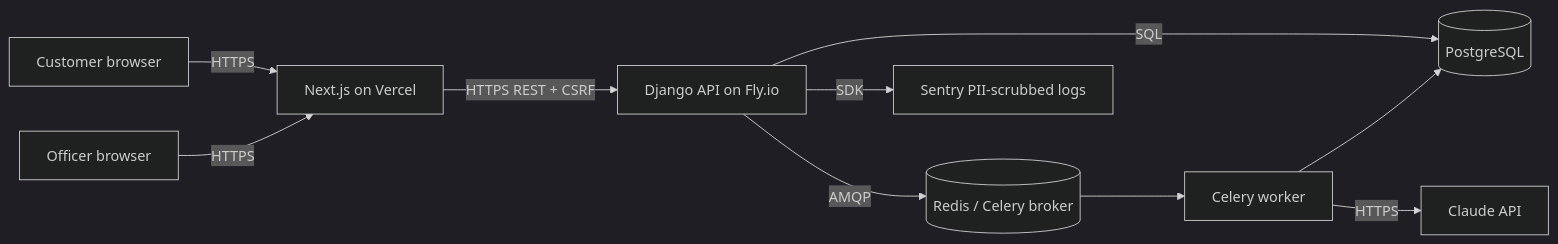
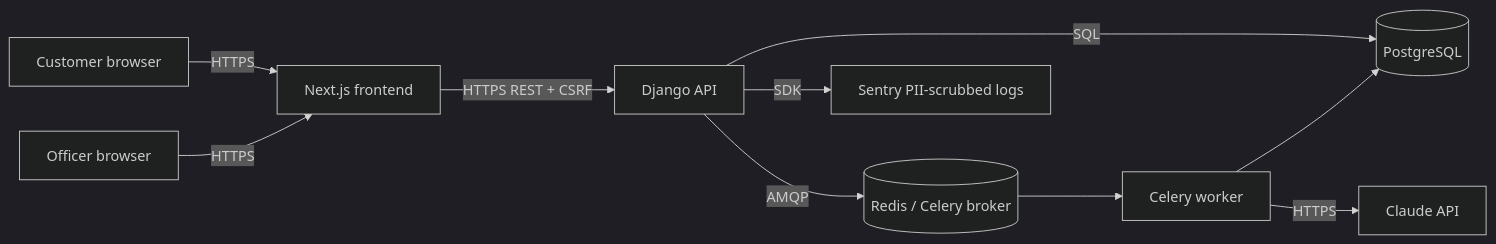
Before and after one commit to zeroyuekun/loan-approval-ai-system: the diagram in docs/security/threat-model.md, drawn with Mermaid (dark theme). The commit also changed 6 other files, not shown here.

````diff
--- a/docs/security/threat-model.md
+++ b/docs/security/threat-model.md
@@ -9,12 +9,12 @@
 ```mermaid
 flowchart LR
-  Customer[Customer browser] -->|HTTPS| Frontend[Next.js on Vercel]
+  Customer[Customer browser] -->|HTTPS| Frontend[Next.js frontend]
   Officer[Officer browser] -->|HTTPS| Frontend
-  Frontend -->|HTTPS REST + CSRF| API[Django API on Fly.io]
+  Frontend -->|HTTPS REST + CSRF| API[Django API]
   API -->|SQL| DB[(PostgreSQL)]
   API -->|AMQP| Redis[(Redis / Celery broker)]
   Redis --> Worker[Celery worker]
   Worker --> DB
   Worker -->|HTTPS| Claude[Claude API]
   API -->|SDK| Sentry[Sentry PII-scrubbed logs]
 ```
````
